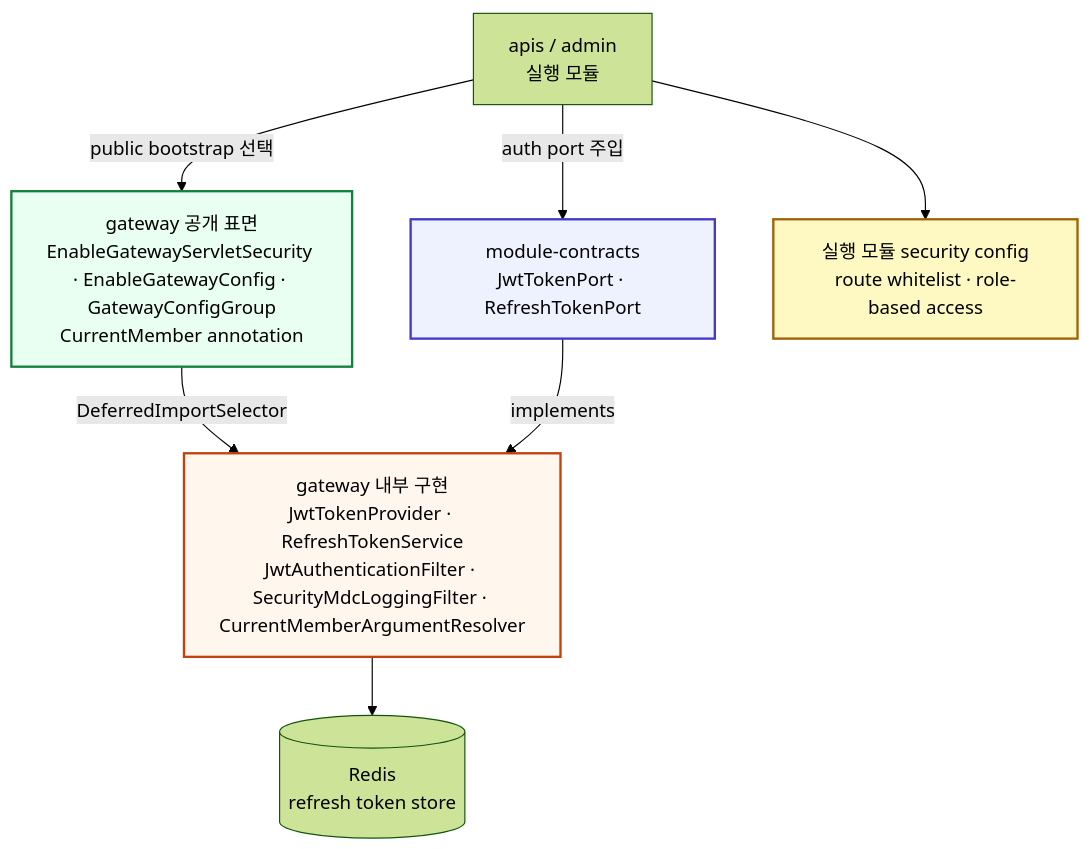
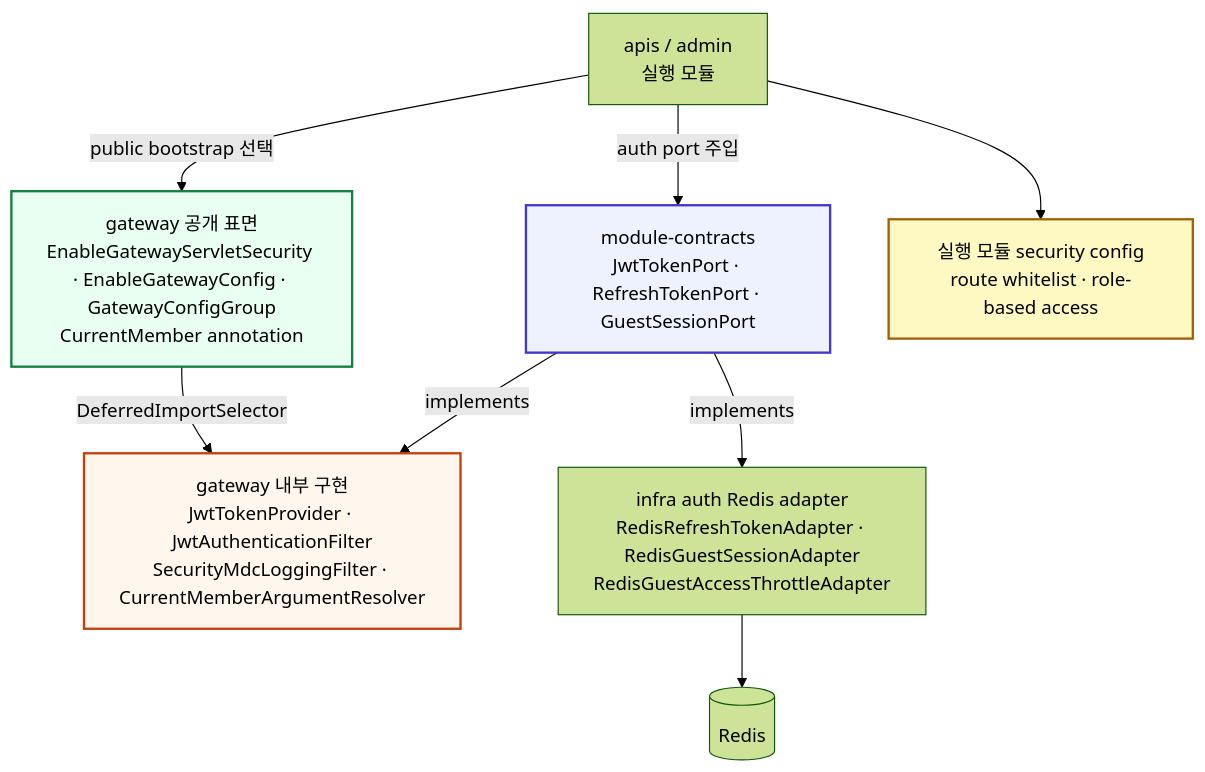
One commit to TEAM-BEAT/BEAT-SERVER changed the first of 4 diagrams in gateway/README.md. Above: the diagram before and after it, drawn with Mermaid (forest theme). The commit also changed other lines of this file and 36 other files, not shown here.

Commit message:
refactor: align gateway logging and Redis boundaries

````diff
--- a/gateway/README.md
+++ b/gateway/README.md
@@ -82,21 +78,23 @@
 ```mermaid
 flowchart TB
     Apis[apis / admin<br/>실행 모듈]
     GatewayPublic[gateway 공개 표면<br/>EnableGatewayServletSecurity · EnableGatewayConfig · GatewayConfigGroup<br/>CurrentMember annotation]
-    Contracts[module-contracts<br/>JwtTokenPort · RefreshTokenPort]
-    GatewayInternal[gateway 내부 구현<br/>JwtTokenProvider · RefreshTokenService<br/>JwtAuthenticationFilter · SecurityMdcLoggingFilter · CurrentMemberArgumentResolver]
-    Redis[(Redis<br/>refresh token store)]
+    Contracts[module-contracts<br/>JwtTokenPort · RefreshTokenPort · GuestSessionPort]
+    GatewayInternal[gateway 내부 구현<br/>JwtTokenProvider · JwtAuthenticationFilter<br/>SecurityMdcLoggingFilter · CurrentMemberArgumentResolver]
+    InfraAuthRedis[infra auth Redis adapter<br/>RedisRefreshTokenAdapter · RedisGuestSessionAdapter<br/>RedisGuestAccessThrottleAdapter]
+    Redis[(Redis)]
     ModuleSecurityConfig[실행 모듈 security config<br/>route whitelist · role-based access]
 
     Apis -->|public bootstrap 선택| GatewayPublic
     Apis -->|auth port 주입| Contracts
     Apis --> ModuleSecurityConfig
     GatewayPublic -->|DeferredImportSelector| GatewayInternal
     Contracts -->|implements| GatewayInternal
-    GatewayInternal --> Redis
+    Contracts -->|implements| InfraAuthRedis
+    InfraAuthRedis --> Redis
 
     style GatewayPublic fill:#e8fff1,stroke:#15803d,stroke-width:2px
     style Contracts fill:#eef2ff,stroke:#4338ca,stroke-width:2px
     style GatewayInternal fill:#fff7ed,stroke:#c2410c,stroke-width:2px
     style ModuleSecurityConfig fill:#fef9c3,stroke:#a16207,stroke-width:2px
 ```
````
